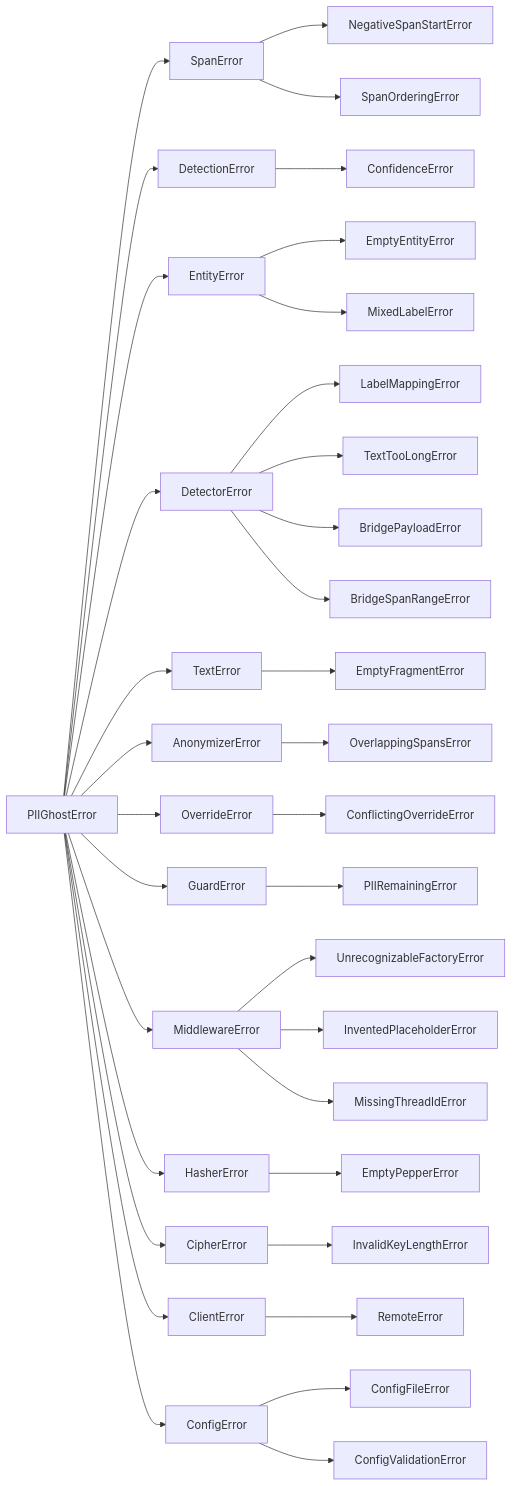
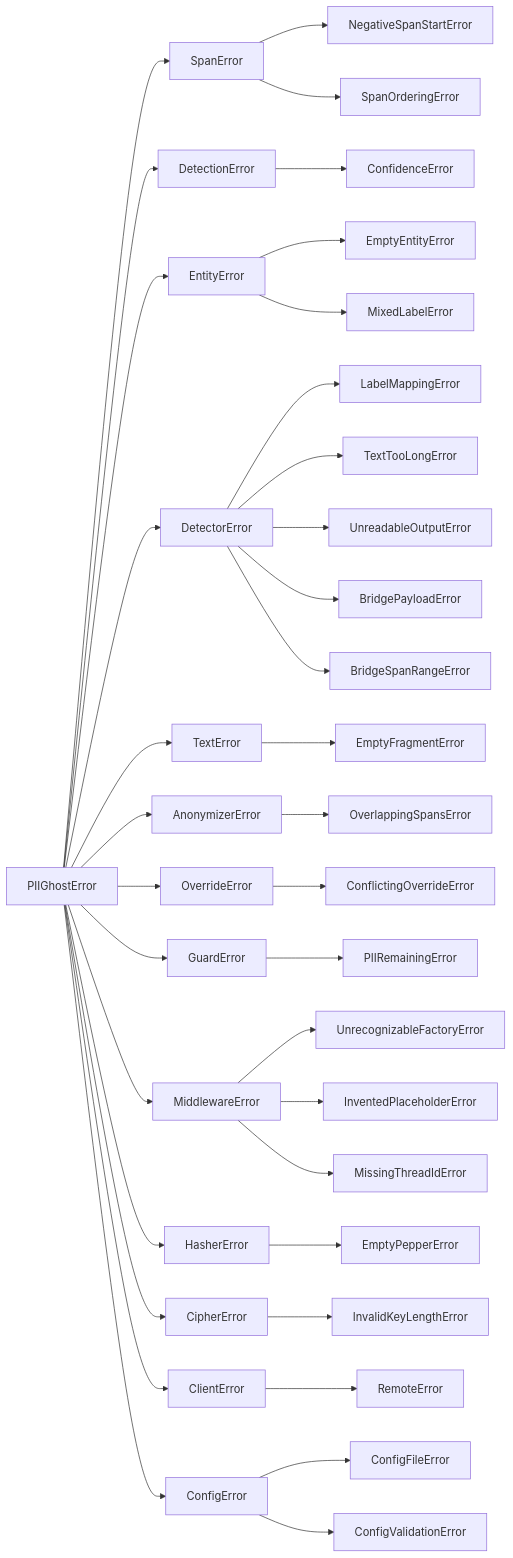
One commit to Athroniaeth/piighost changed the diagram in docs/en/reference/errors.md. Above: the diagram before and after it, drawn with Mermaid. The commit also changed other lines of this file and 12 other files, not shown here.

First line of the commit message:
feat(detector)!: an unreadable LLM output refuses the message

````diff
--- a/docs/en/reference/errors.md
+++ b/docs/en/reference/errors.md
@@ -19,37 +19,38 @@
 ```mermaid
 flowchart LR
     PIIGhostError --> SpanError
     SpanError --> NegativeSpanStartError
     SpanError --> SpanOrderingError
     PIIGhostError --> DetectionError
     DetectionError --> ConfidenceError
     PIIGhostError --> EntityError
     EntityError --> EmptyEntityError
     EntityError --> MixedLabelError
     PIIGhostError --> DetectorError
     DetectorError --> LabelMappingError
     DetectorError --> TextTooLongError
+    DetectorError --> UnreadableOutputError
     DetectorError --> BridgePayloadError
     DetectorError --> BridgeSpanRangeError
     PIIGhostError --> TextError
     TextError --> EmptyFragmentError
     PIIGhostError --> AnonymizerError
     AnonymizerError --> OverlappingSpansError
     PIIGhostError --> OverrideError
     OverrideError --> ConflictingOverrideError
     PIIGhostError --> GuardError
     GuardError --> PIIRemainingError
     PIIGhostError --> MiddlewareError
     MiddlewareError --> UnrecognizableFactoryError
     MiddlewareError --> InventedPlaceholderError
     MiddlewareError --> MissingThreadIdError
     PIIGhostError --> HasherError
     HasherError --> EmptyPepperError
     PIIGhostError --> CipherError
     CipherError --> InvalidKeyLengthError
     PIIGhostError --> ClientError
     ClientError --> RemoteError
     PIIGhostError --> ConfigError
     ConfigError --> ConfigFileError
     ConfigError --> ConfigValidationError
 ```
````
